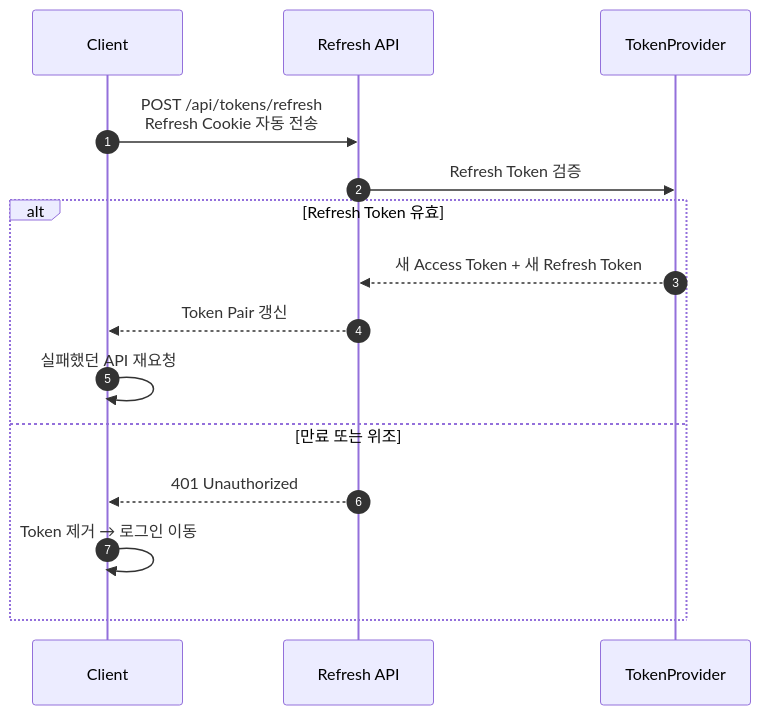
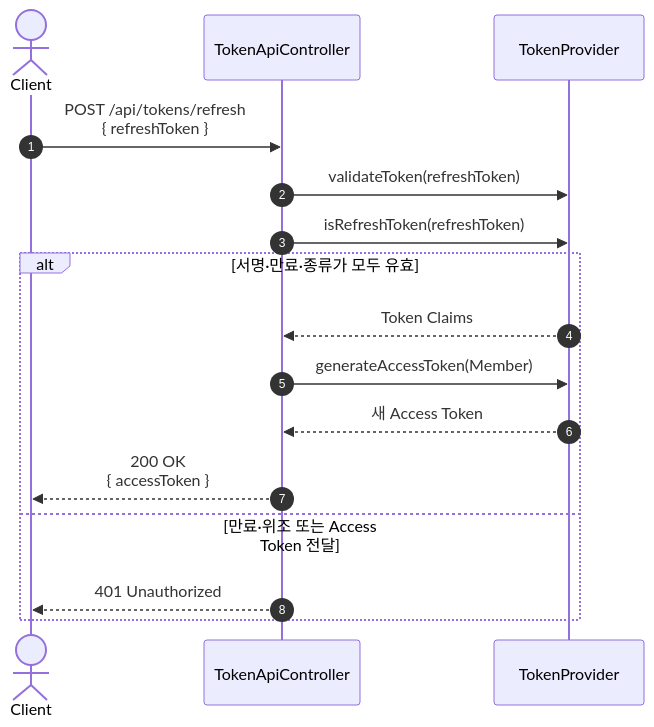
One commit to Kimm-jin/Programmers-dev-lect changed the third of 5 diagrams in report/Spring-security/basic-board/README.md. Above: the diagram before and after it, drawn with Mermaid. The commit also changed other lines of this file and 27 other files, not shown here.

````diff
--- a/report/Spring-security/basic-board/README.md
+++ b/report/Spring-security/basic-board/README.md
@@ -102,19 +110,20 @@
 ```mermaid
 sequenceDiagram
     autonumber
-    participant Client
-    participant API as Refresh API
+    actor Client
+    participant API as TokenApiController
     participant JWT as TokenProvider
 
-    Client->>API: POST /api/tokens/refresh<br/>Refresh Cookie 자동 전송
-    API->>JWT: Refresh Token 검증
+    Client->>API: POST /api/tokens/refresh<br/>{ refreshToken }
+    API->>JWT: validateToken(refreshToken)
+    API->>JWT: isRefreshToken(refreshToken)
 
-    alt Refresh Token 유효
-        JWT-->>API: 새 Access Token + 새 Refresh Token
-        API-->>Client: Token Pair 갱신
-        Client->>Client: 실패했던 API 재요청
-    else 만료 또는 위조
+    alt 서명·만료·종류가 모두 유효
+        JWT-->>API: Token Claims
+        API->>JWT: generateAccessToken(Member)
+        JWT-->>API: 새 Access Token
+        API-->>Client: 200 OK<br/>{ accessToken }
+    else 만료·위조 또는 Access Token 전달
         API-->>Client: 401 Unauthorized
-        Client->>Client: Token 제거 → 로그인 이동
     end
 ```
````
